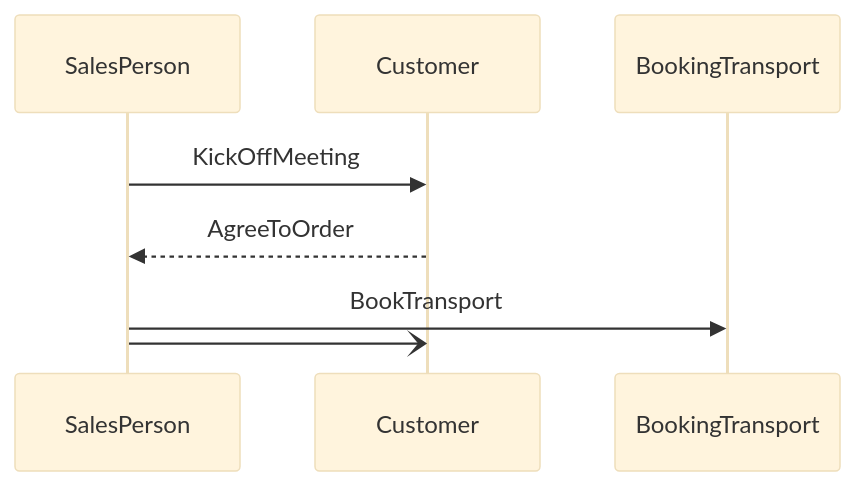
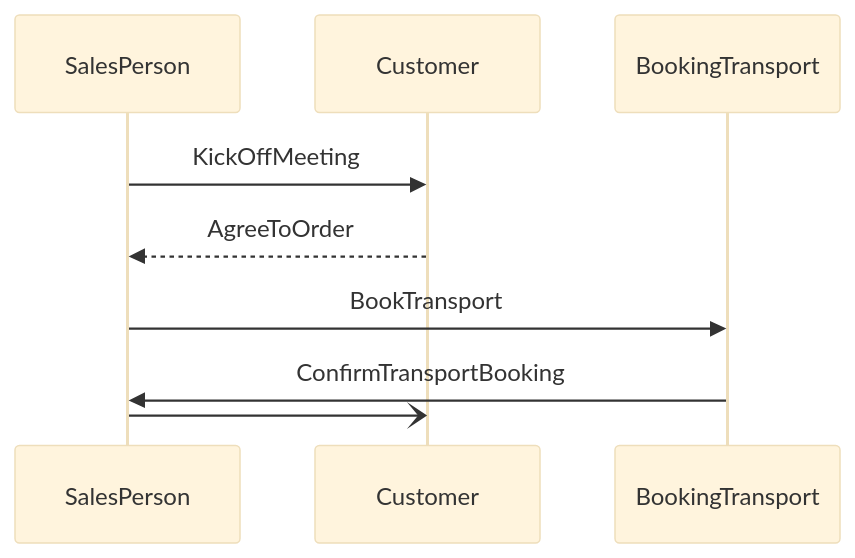
One commit to qmarsun/workflow changed the first of 3 diagrams in docs/Readme.md. Above: the diagram before and after it, drawn with Mermaid (base theme).

````diff
--- a/docs/Readme.md
+++ b/docs/Readme.md
@@ -6,7 +6,8 @@
 ```mermaid
 sequenceDiagram
     SalesPerson->>Customer: KickOffMeeting
     Customer-->>SalesPerson: AgreeToOrder
     SalesPerson->>BookingTransport: BookTransport
+    BookingTransport->>SalesPerson: ConfirmTransportBooking
     SalesPerson-)Customer: 
  ```   
````
